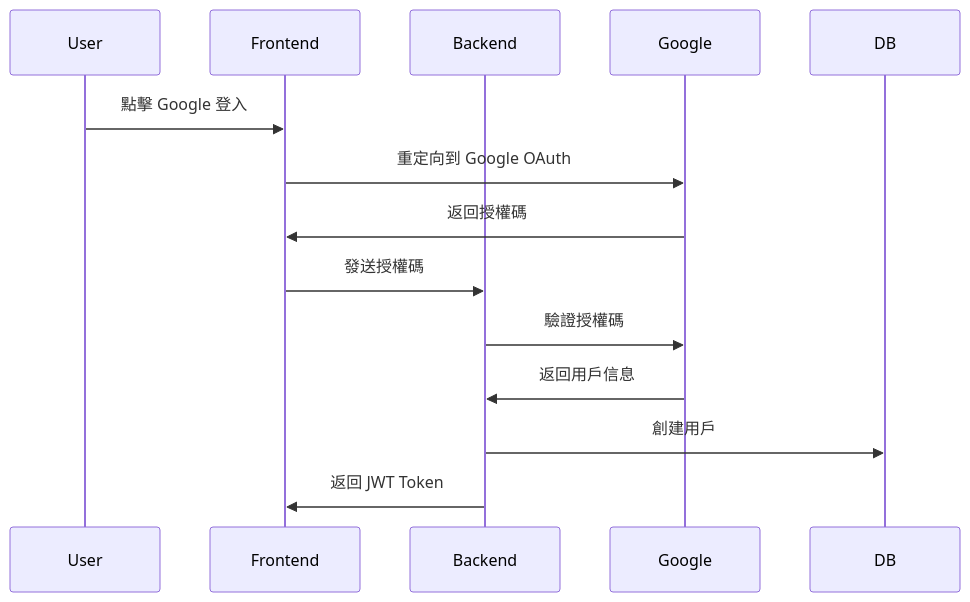
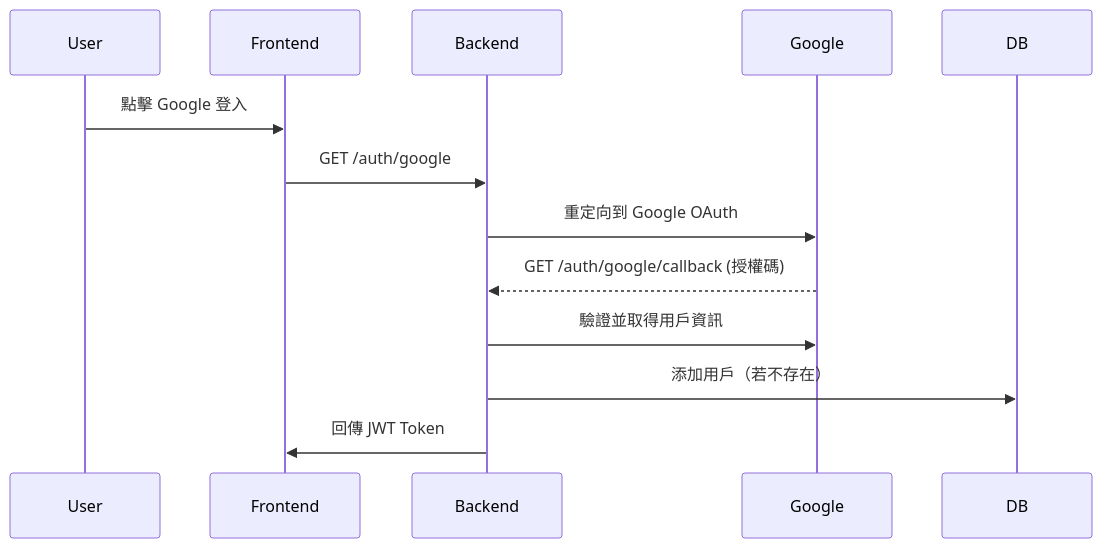
Before and after one commit to poordog777/movie-viewer: the second of 4 diagrams in Architecture.md, drawn with Mermaid. The commit also changed 5 other files, not shown here.

Commit message:
Refactor Google OAuth flow: update architecture documentation for improved user authentication process; add passport-jwt dependency and remove obsolete package files

````diff
--- a/Architecture.md
+++ b/Architecture.md
@@ -78,17 +78,16 @@
 ```mermaid
 sequenceDiagram
     participant User
     participant Frontend
     participant Backend
     participant Google
     participant DB
 
     User->>Frontend: 點擊 Google 登入
-    Frontend->>Google: 重定向到 Google OAuth
-    Google->>Frontend: 返回授權碼
-    Frontend->>Backend: 發送授權碼
-    Backend->>Google: 驗證授權碼
-    Google->>Backend: 返回用戶信息
-    Backend->>DB: 創建用戶
-    Backend->>Frontend: 返回 JWT Token
+    Frontend->>Backend: GET /auth/google
+    Backend->>Google: 重定向到 Google OAuth
+    Google-->>Backend: GET /auth/google/callback (授權碼)
+    Backend->>Google: 驗證並取得用戶資訊
+    Backend->>DB: 添加用戶（若不存在）
+    Backend->>Frontend: 回傳 JWT Token
 ```
````
